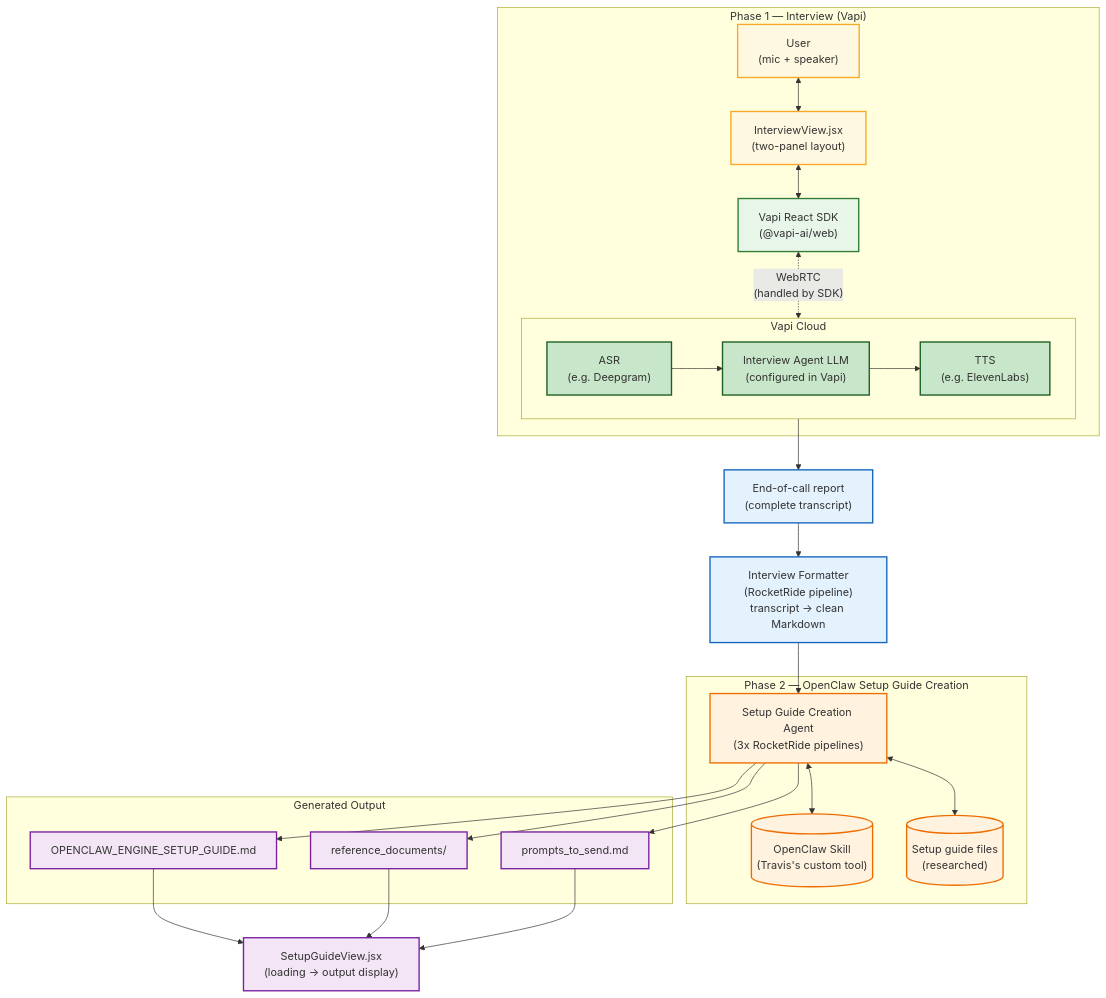
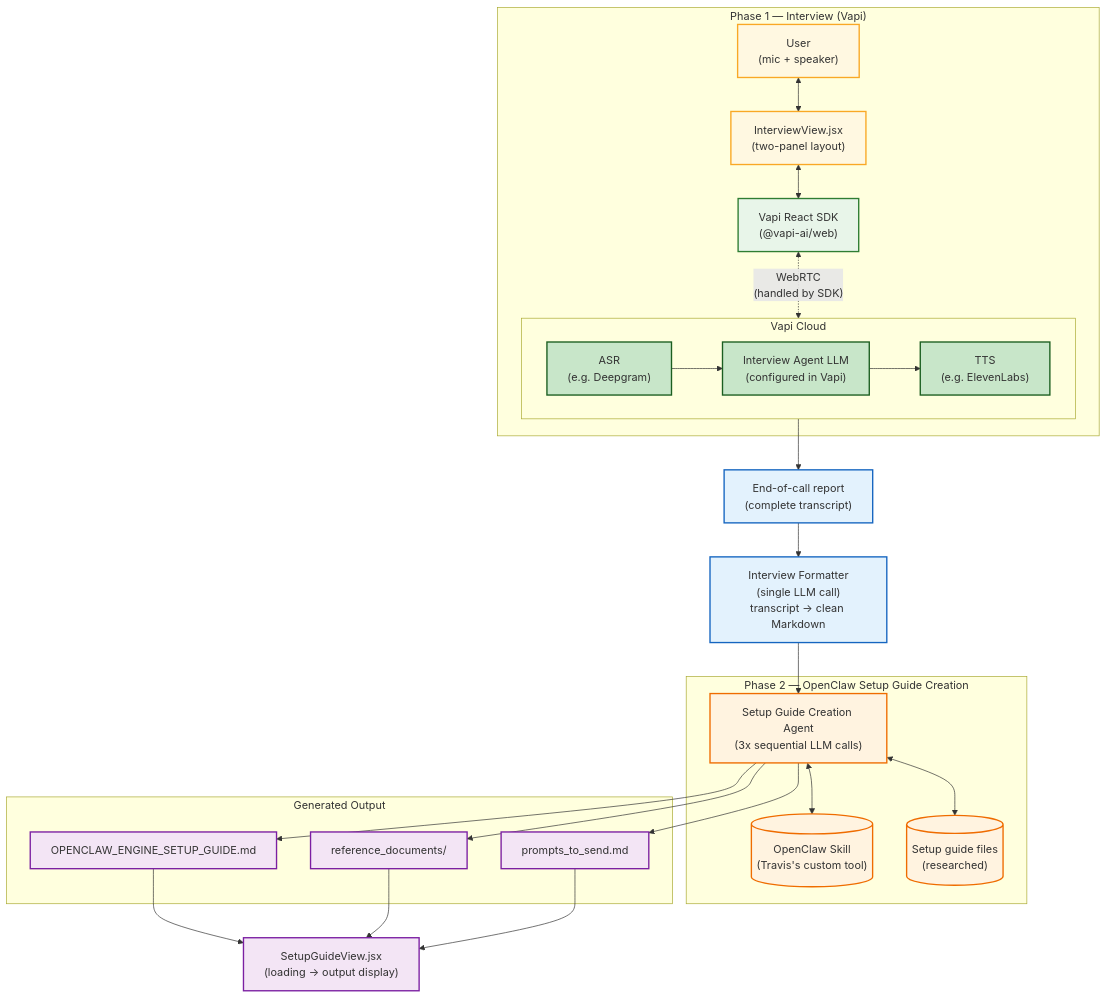
The diagram in docs/architecture.md (Jamessfks/easycalw), drawn with Mermaid before and after one commit. The commit also changed other lines of this file and 5 other files, not shown here.

First line of the commit message:
chore: remove RocketRide references and expand .gitignore

````diff
--- a/docs/architecture.md
+++ b/docs/architecture.md
@@ -374,63 +371,63 @@
 ```mermaid
 flowchart TB
   subgraph Phase1["Phase 1 — Interview (Vapi)"]
     U["User\n(mic + speaker)"]
     FE1["InterviewView.jsx\n(two-panel layout)"]
     VSDK["Vapi React SDK\n(@vapi-ai/web)"]
     U <--> FE1
     FE1 <--> VSDK
 
     subgraph VAPI["Vapi Cloud"]
       ASR["ASR\n(e.g. Deepgram)"]
       LLM["Interview Agent LLM\n(configured in Vapi)"]
       TTS["TTS\n(e.g. ElevenLabs)"]
       ASR --> LLM
       LLM --> TTS
     end
 
     VSDK <-.->|"WebRTC\n(handled by SDK)"| VAPI
   end
 
   REPORT["End-of-call report\n(complete transcript)"]
-  FMT["Interview Formatter\n(RocketRide pipeline)\ntranscript → clean Markdown"]
+  FMT["Interview Formatter\n(single LLM call)\ntranscript → clean Markdown"]
 
   subgraph Phase2["Phase 2 — OpenClaw Setup Guide Creation"]
-    SGA["Setup Guide Creation Agent\n(3x RocketRide pipelines)"]
+    SGA["Setup Guide Creation Agent\n(3x sequential LLM calls)"]
     SKILL[("OpenClaw Skill\n(Travis's custom tool)")]
     GUIDES[("Setup guide files\n(researched)")]
     SGA <--> SKILL
     SGA <--> GUIDES
   end
 
   subgraph Output["Generated Output"]
     GUIDE["OPENCLAW_ENGINE_SETUP_GUIDE.md"]
     REFS["reference_documents/"]
     PROMPTS["prompts_to_send.md"]
   end
 
   FE2["SetupGuideView.jsx\n(loading → output display)"]
 
   VAPI --> REPORT
   REPORT --> FMT
   FMT --> SGA
   SGA --> GUIDE
   SGA --> REFS
   SGA --> PROMPTS
   GUIDE --> FE2
   REFS --> FE2
   PROMPTS --> FE2
 
   classDef user fill:#fff8e1,stroke:#f9a825,stroke-width:2px
   classDef phase1 fill:#e8f5e9,stroke:#2e7d32,stroke-width:2px
   classDef vapi fill:#c8e6c9,stroke:#1b5e20,stroke-width:2px
   classDef fmt fill:#e3f2fd,stroke:#1565c0,stroke-width:2px
   classDef phase2 fill:#fff3e0,stroke:#ef6c00,stroke-width:2px
   classDef output fill:#f3e5f5,stroke:#7b1fa2,stroke-width:2px
 
   class U,FE1 user
   class VSDK phase1
   class ASR,LLM,TTS vapi
   class REPORT,FMT fmt
   class SGA,SKILL,GUIDES phase2
   class GUIDE,REFS,PROMPTS,FE2 output
 ```
````
